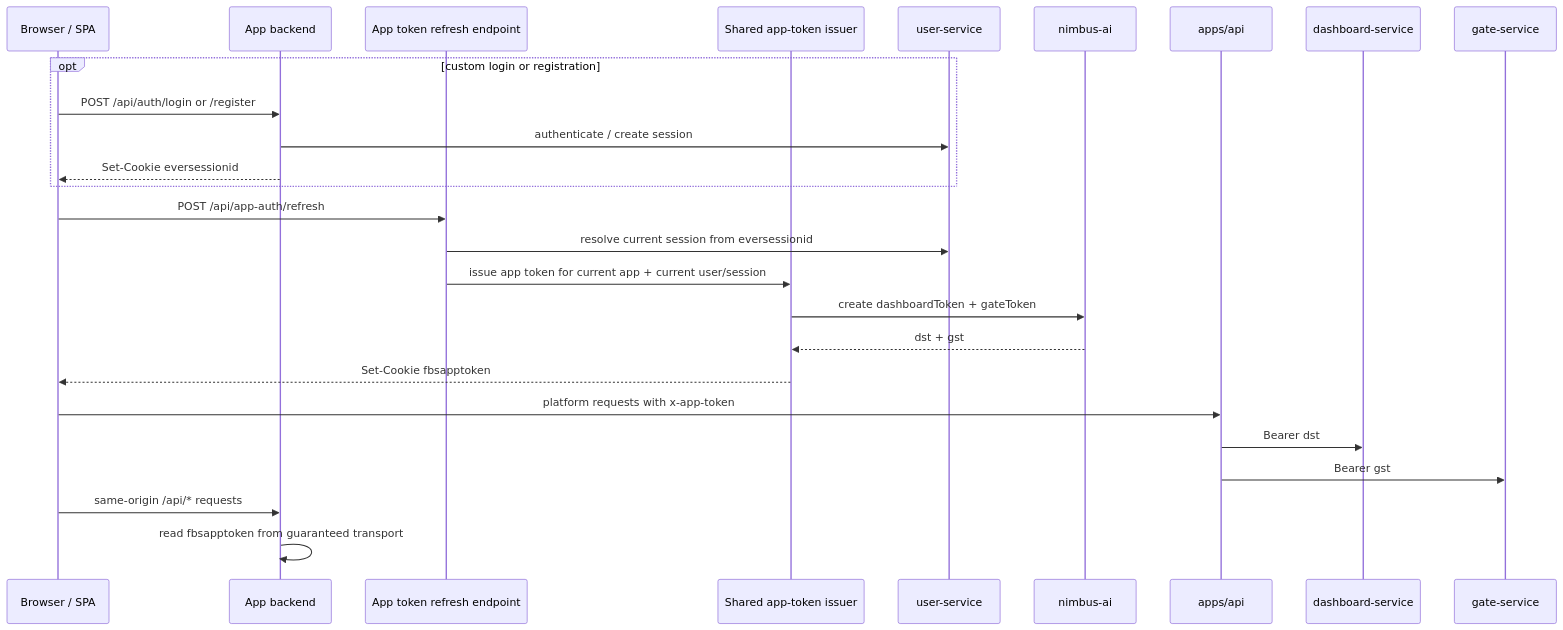
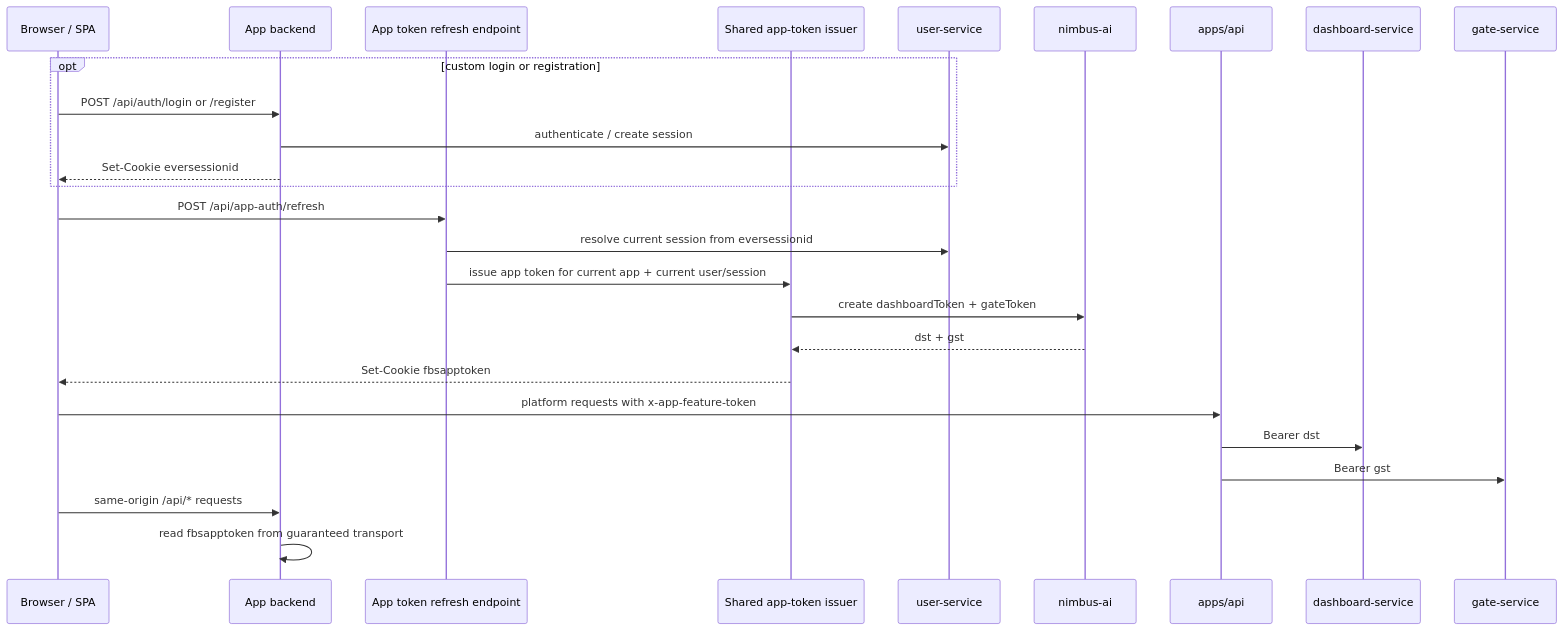
Before and after one commit to fusebase-dev/fusebase-cli: the sixth of 6 diagrams in docs/proposals/APP-AUTH-FLOW.md, drawn with Mermaid. The commit also changed other lines of this file and 9 other files, not shown here.

Commit message:
fix: rename x-app-token -> x-app-feature-token back

````diff
--- a/docs/proposals/APP-AUTH-FLOW.md
+++ b/docs/proposals/APP-AUTH-FLOW.md
@@ -557,32 +557,32 @@
 ```mermaid
 sequenceDiagram
   participant Browser as Browser / SPA
   participant AppBE as App backend
   participant Refresh as App token refresh endpoint
   participant Wrapper as Shared app-token issuer
   participant User as user-service
   participant Nimbus as nimbus-ai
   participant API as apps/api
   participant Dash as dashboard-service
   participant Gate as gate-service
 
   opt custom login or registration
     Browser->>AppBE: POST /api/auth/login or /register
     AppBE->>User: authenticate / create session
     AppBE-->>Browser: Set-Cookie eversessionid
   end
 
   Browser->>Refresh: POST /api/app-auth/refresh
   Refresh->>User: resolve current session from eversessionid
   Refresh->>Wrapper: issue app token for current app + current user/session
   Wrapper->>Nimbus: create dashboardToken + gateToken
   Nimbus-->>Wrapper: dst + gst
   Wrapper-->>Browser: Set-Cookie fbsapptoken
 
-  Browser->>API: platform requests with x-app-token
+  Browser->>API: platform requests with x-app-feature-token
   API->>Dash: Bearer dst
   API->>Gate: Bearer gst
 
   Browser->>AppBE: same-origin /api/* requests
   AppBE->>AppBE: read fbsapptoken from guaranteed transport
 ```
````
